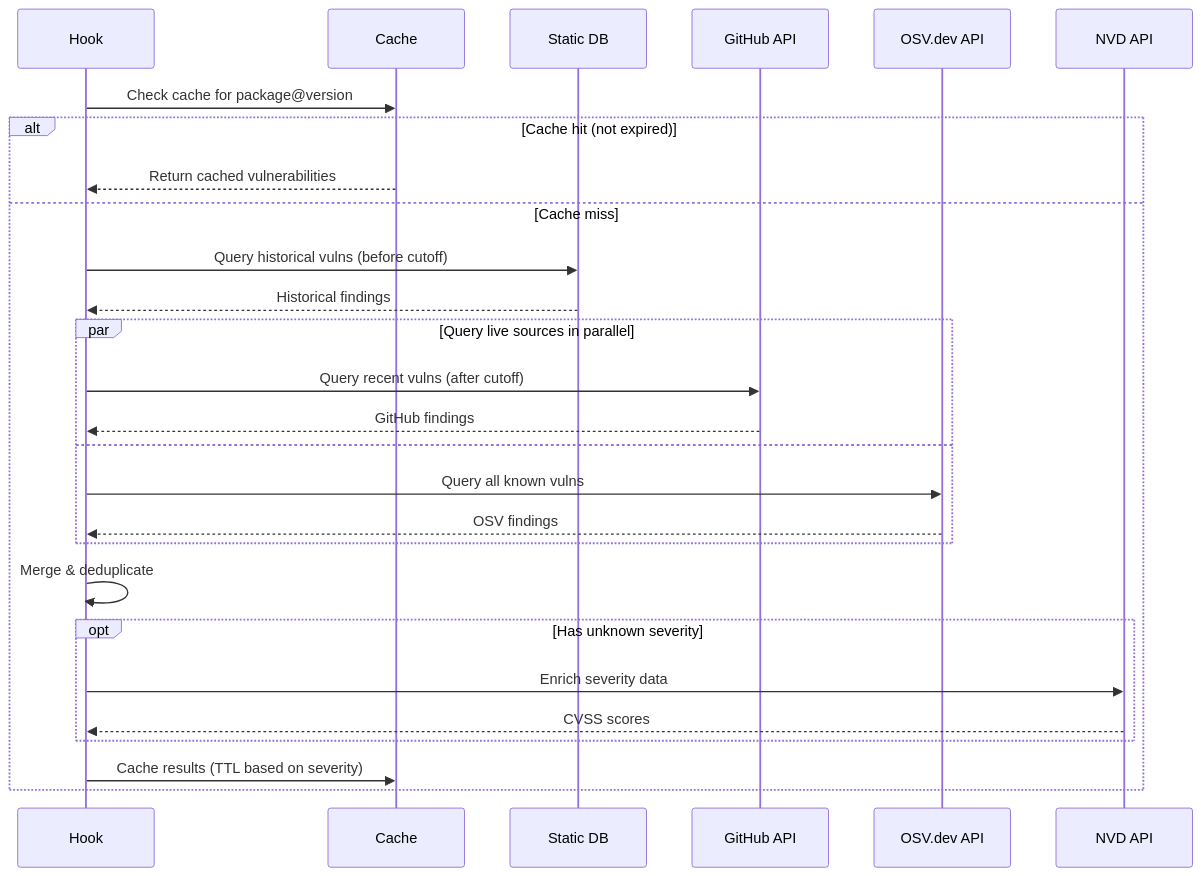
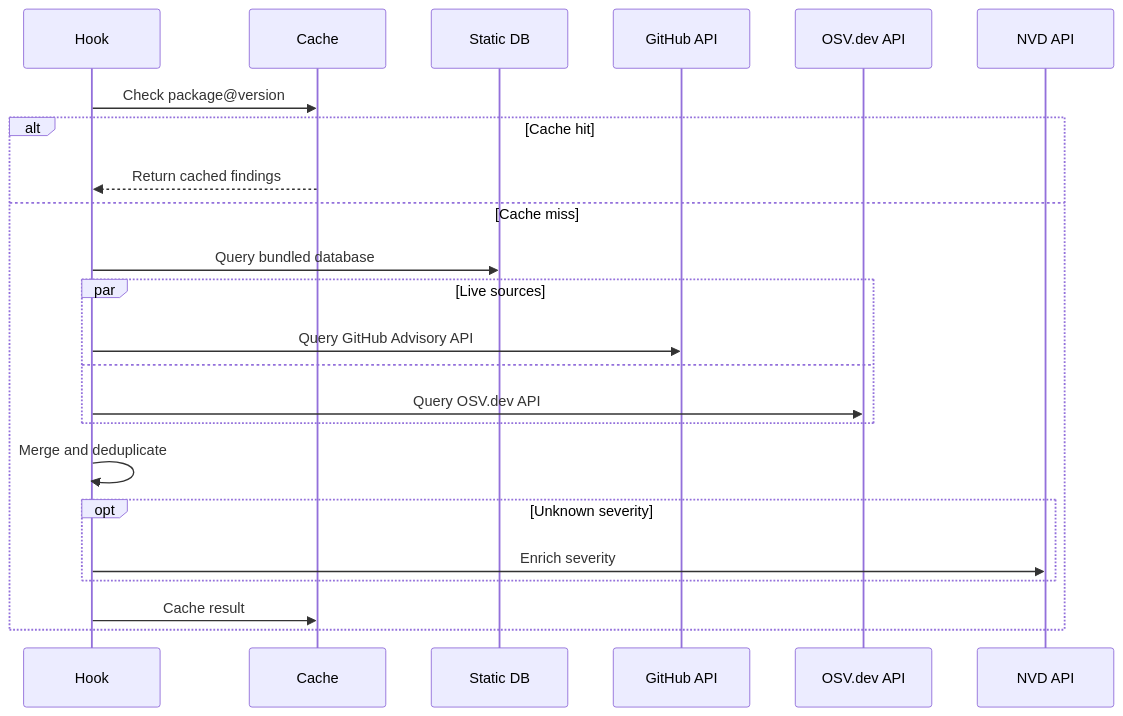
Before and after one commit to asx8678/pnpm-audit-hook: the fourth of 6 diagrams in README.md, drawn with Mermaid. The commit also changed other lines of this file and 1 other file, not shown here.

````diff
--- a/README.md
+++ b/README.md
@@ -270,32 +562,26 @@
 ```mermaid
 sequenceDiagram
     participant H as Hook
     participant C as Cache
     participant S as Static DB
     participant G as GitHub API
     participant O as OSV.dev API
     participant N as NVD API
 
-    H->>C: Check cache for package@version
-    alt Cache hit (not expired)
-        C-->>H: Return cached vulnerabilities
+    H->>C: Check package@version
+    alt Cache hit
+        C-->>H: Return cached findings
     else Cache miss
-        H->>S: Query historical vulns (before cutoff)
-        S-->>H: Historical findings
-        par Query live sources in parallel
-            H->>G: Query recent vulns (after cutoff)
-            G-->>H: GitHub findings
+        H->>S: Query bundled database
+        par Live sources
+            H->>G: Query GitHub Advisory API
         and
-            H->>O: Query all known vulns
-            O-->>H: OSV findings
+            H->>O: Query OSV.dev API
         end
-        H->>H: Merge & deduplicate
-
-        opt Has unknown severity
-            H->>N: Enrich severity data
-            N-->>H: CVSS scores
+        H->>H: Merge and deduplicate
+        opt Unknown severity
+            H->>N: Enrich severity
         end
-
-        H->>C: Cache results (TTL based on severity)
+        H->>C: Cache result
     end
 ```
````
